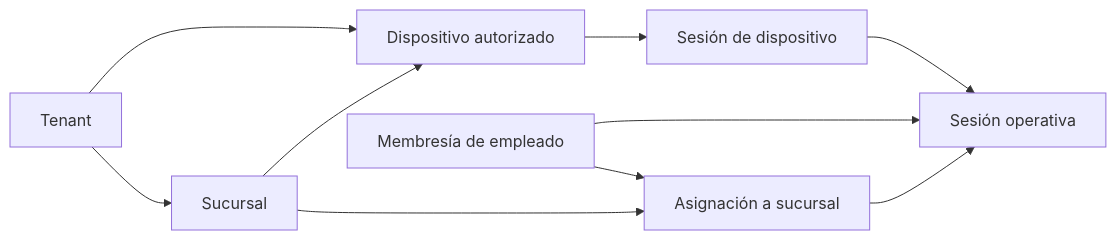
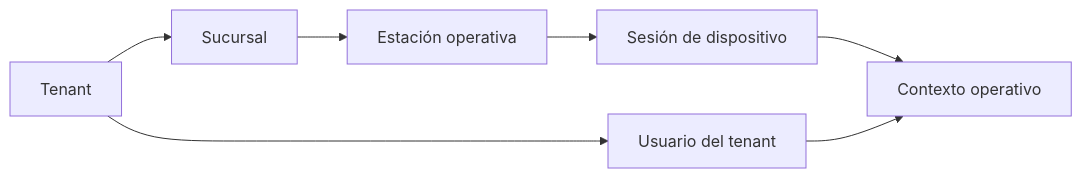
One commit to luisgtzaviles/SrTaller-2.0 changed the first of 2 diagrams in docs/architecture/BRANCH_AND_DEVICE_MODEL.md. Above: the diagram before and after it, drawn with Mermaid. The commit also changed other lines of this file and 67 other files, not shown here.

````diff
--- a/docs/architecture/BRANCH_AND_DEVICE_MODEL.md
+++ b/docs/architecture/BRANCH_AND_DEVICE_MODEL.md
@@ -15,20 +15,16 @@
 ```mermaid
 flowchart LR
     Tenant[Tenant]
     Branch[Sucursal]
-    Device[Dispositivo autorizado]
+    Device[Estación operativa]
     DeviceSession[Sesión de dispositivo]
-    Membership[Membresía de empleado]
-    Assignment[Asignación a sucursal]
-    Operational[Sesión operativa]
+    User[Usuario del tenant]
+    Operational[Contexto operativo]
 
     Tenant --> Branch
-    Tenant --> Device
     Branch --> Device
     Device --> DeviceSession
-    Membership --> Assignment
-    Branch --> Assignment
     DeviceSession --> Operational
-    Membership --> Operational
-    Assignment --> Operational
+    Tenant --> User
+    User --> Operational
 ```
````
